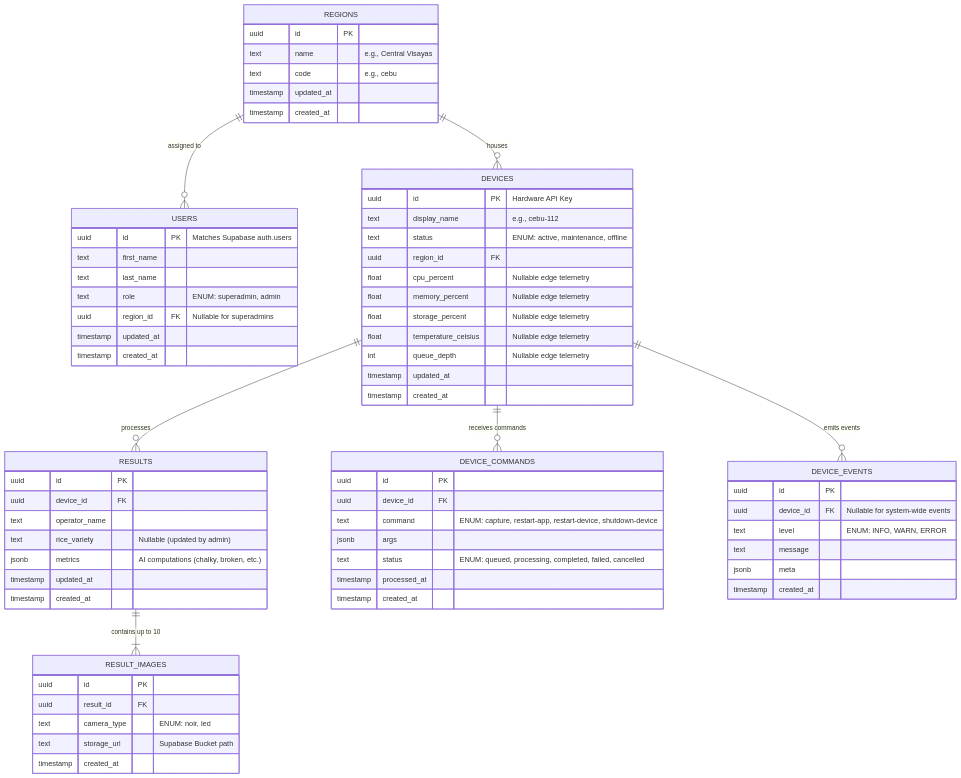
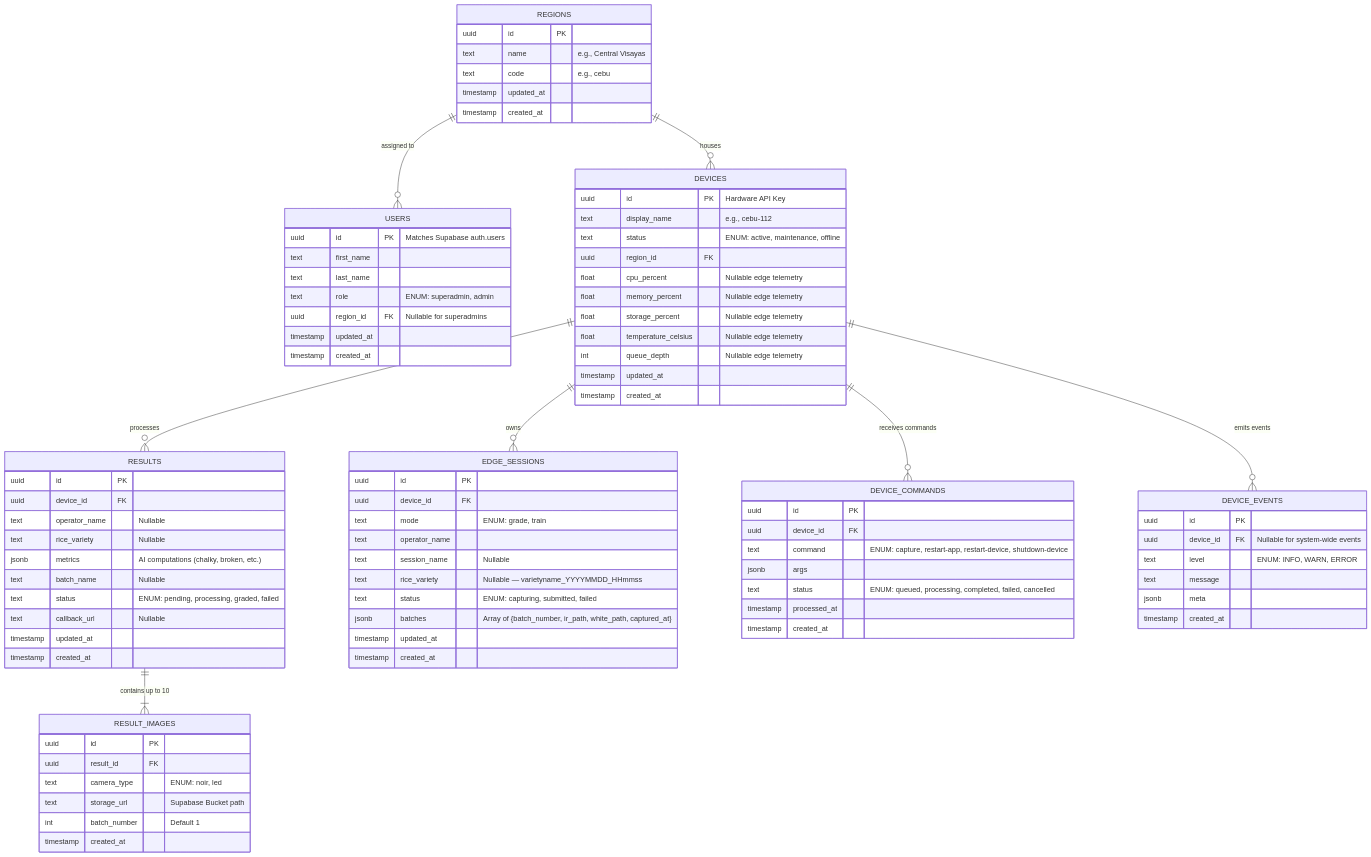
One commit to PhilRice-CITU/docs-and-architecture changed the diagram in api-server/database-schema.md. Above: the diagram before and after it, drawn with Mermaid. The commit also changed other lines of this file and 5 other files, not shown here.

First line of the commit message:
refactor(schema): consolidate migrations into single schema.sql + seed.sql

````diff
--- a/api-server/database-schema.md
+++ b/api-server/database-schema.md
@@ -39,9 +39,12 @@
     RESULTS {
         uuid id PK
         uuid device_id FK
-        text operator_name
-        text rice_variety "Nullable (updated by admin)"
+        text operator_name "Nullable"
+        text rice_variety "Nullable"
         jsonb metrics "AI computations (chalky, broken, etc.)"
+        text batch_name "Nullable"
+        text status "ENUM: pending, processing, graded, failed"
+        text callback_url "Nullable"
         timestamp updated_at
         timestamp created_at
     }
@@ -51,6 +54,20 @@
         uuid result_id FK
         text camera_type "ENUM: noir, led"
         text storage_url "Supabase Bucket path"
+        int batch_number "Default 1"
+        timestamp created_at
+    }
+
+    EDGE_SESSIONS {
+        uuid id PK
+        uuid device_id FK
+        text mode "ENUM: grade, train"
+        text operator_name
+        text session_name "Nullable"
+        text rice_variety "Nullable — varietyname_YYYYMMDD_HHmmss"
+        text status "ENUM: capturing, submitted, failed"
+        jsonb batches "Array of {batch_number, ir_path, white_path, captured_at}"
+        timestamp updated_at
         timestamp created_at
     }
 
@@ -79,4 +96,5 @@
     RESULTS ||--|{ RESULT_IMAGES : "contains up to 10"
     DEVICES ||--o{ DEVICE_COMMANDS : "receives commands"
     DEVICES ||--o{ DEVICE_EVENTS : "emits events"
+    DEVICES ||--o{ EDGE_SESSIONS : "owns"
 ```
````
